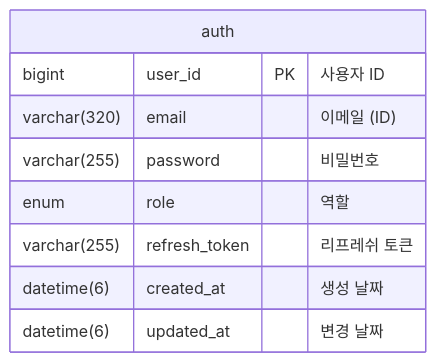
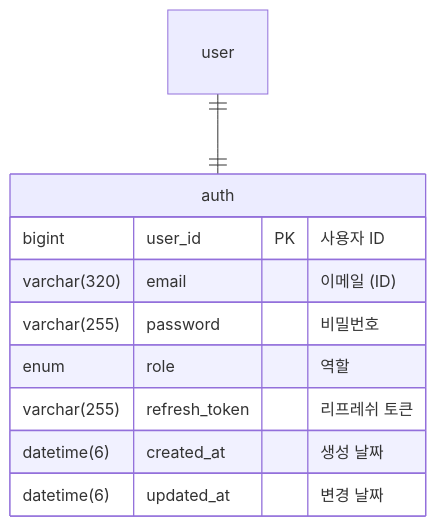
One commit to kea-dpang/docs changed the first of 9 diagrams in Erd.md. Above: the diagram before and after it, drawn with Mermaid. The commit also changed other lines of this file, not shown here.

First line of the commit message:
[Docs] Update Erd.md

````diff
--- a/Erd.md
+++ b/Erd.md
@@ -8,12 +8,13 @@
 ```mermaid
 erDiagram
     auth {
         bigint user_id PK "사용자 ID"
         varchar(320) email "이메일 (ID)"
         varchar(255) password "비밀번호"
         enum role "역할"
         varchar(255) refresh_token "리프레쉬 토큰"
         datetime(6) created_at "생성 날짜"
         datetime(6) updated_at "변경 날짜"
     }
+   user ||--|| auth: ""
 ```
````
